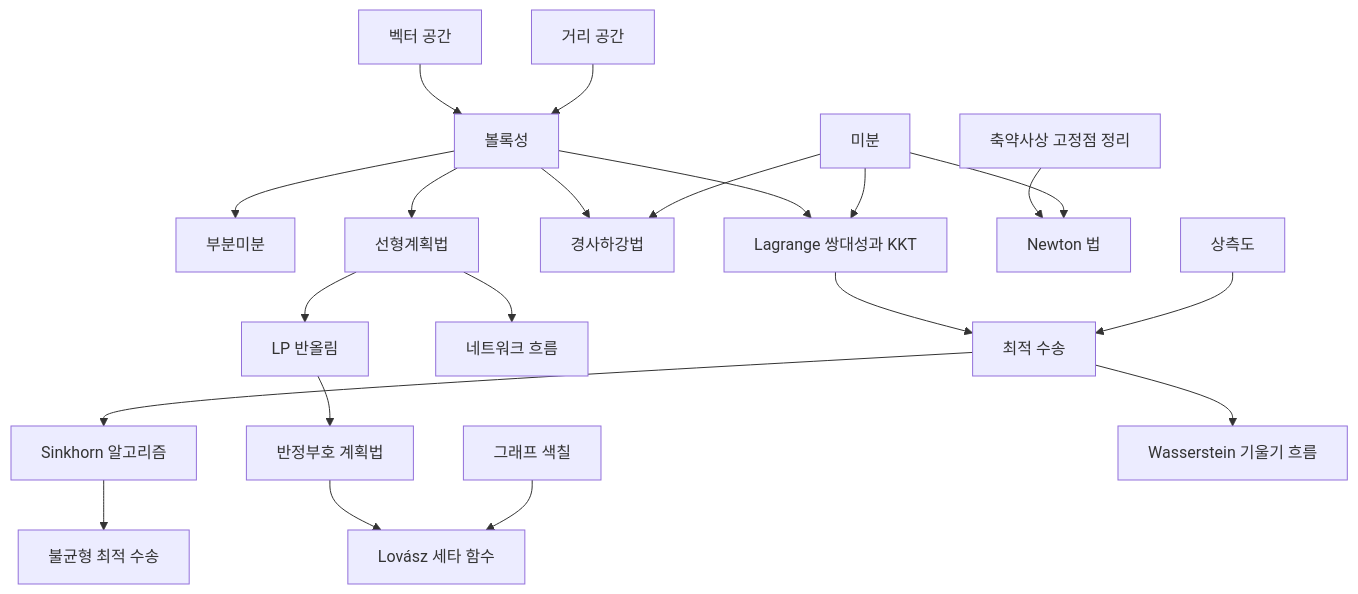
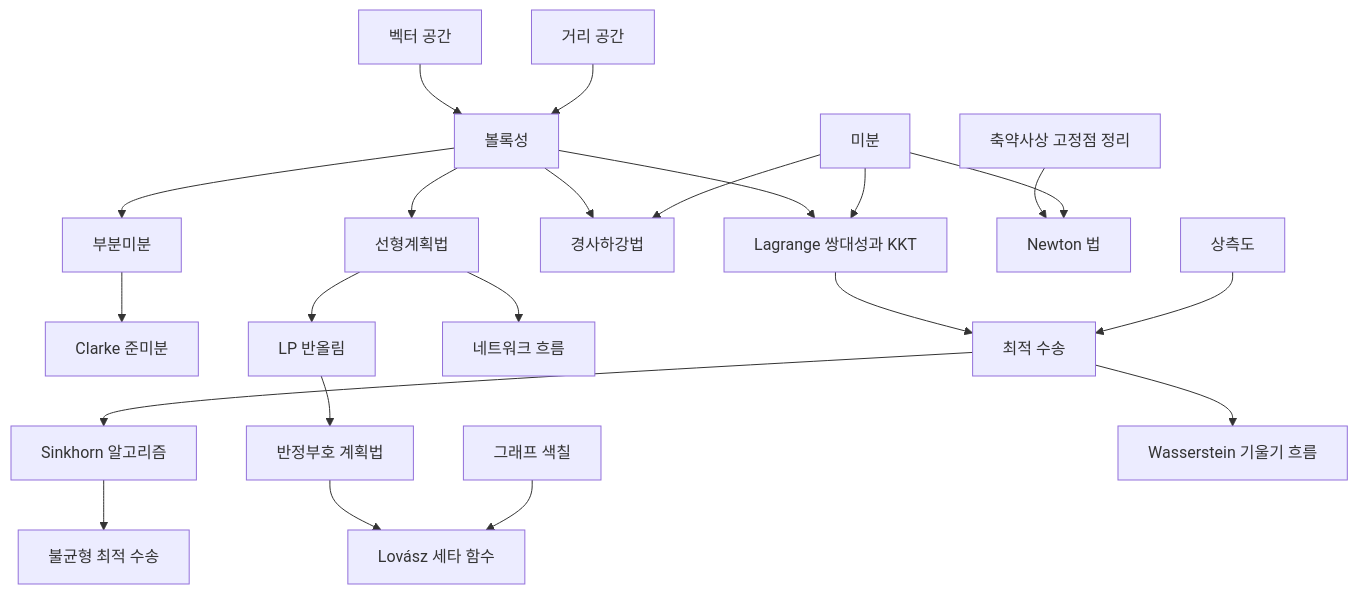
One commit to Phryxia/math-map changed the diagram in docs/optimization-overview.md. Above: the diagram before and after it, drawn with Mermaid. The commit also changed other lines of this file and 4 other files, not shown here.

````diff
--- a/docs/optimization-overview.md
+++ b/docs/optimization-overview.md
@@ -13,23 +13,24 @@
 ```mermaid
 graph TD
   VS["벡터 공간"] --> CX["볼록성"]
   MS["거리 공간"] --> CX
   CX --> SG["부분미분"]
+  SG --> CS["Clarke 준미분"]
   CX --> LD["Lagrange 쌍대성과 KKT"]
   CX --> GD["경사하강법"]
   CX --> LP["선형계획법"]
   DV["미분"] --> LD
   DV --> GD
   BF["축약사상 고정점 정리"] --> NM["Newton 법"]
   DV --> NM
   LP --> LR["LP 반올림"]
   LP --> NF["네트워크 흐름"]
   LR --> SD["반정부호 계획법"]
   SD --> LT["Lovász 세타 함수"]
   GC["그래프 색칠"] --> LT
   LD --> OT["최적 수송"]
   PM["상측도"] --> OT
   OT --> SK["Sinkhorn 알고리즘"]
   SK --> UO["불균형 최적 수송"]
   OT --> WG["Wasserstein 기울기 흐름"]
 ```
````
